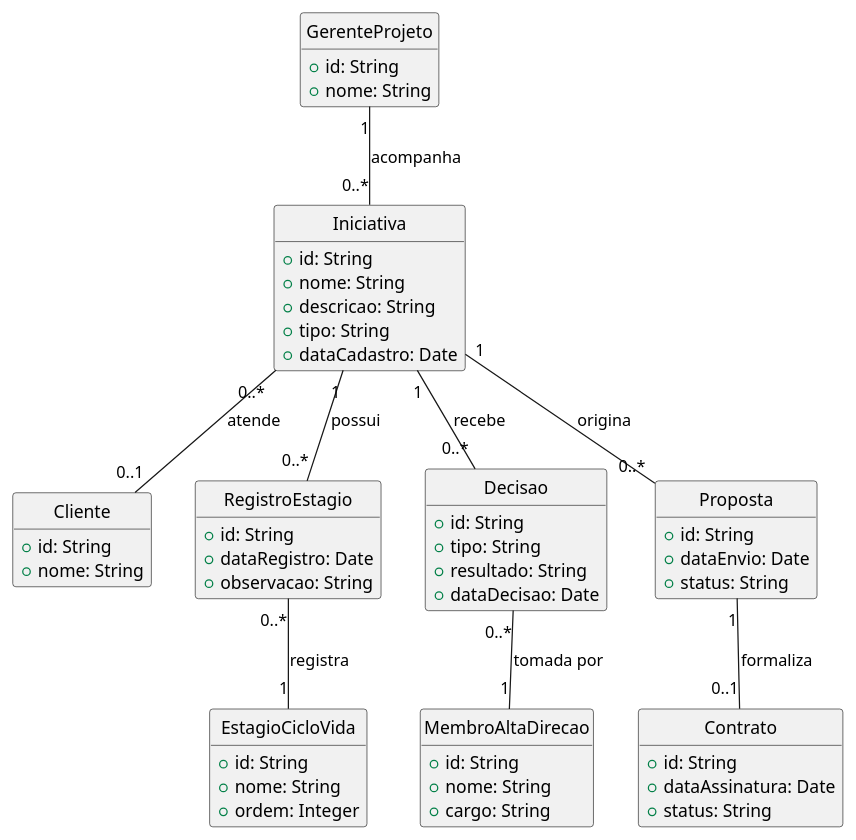
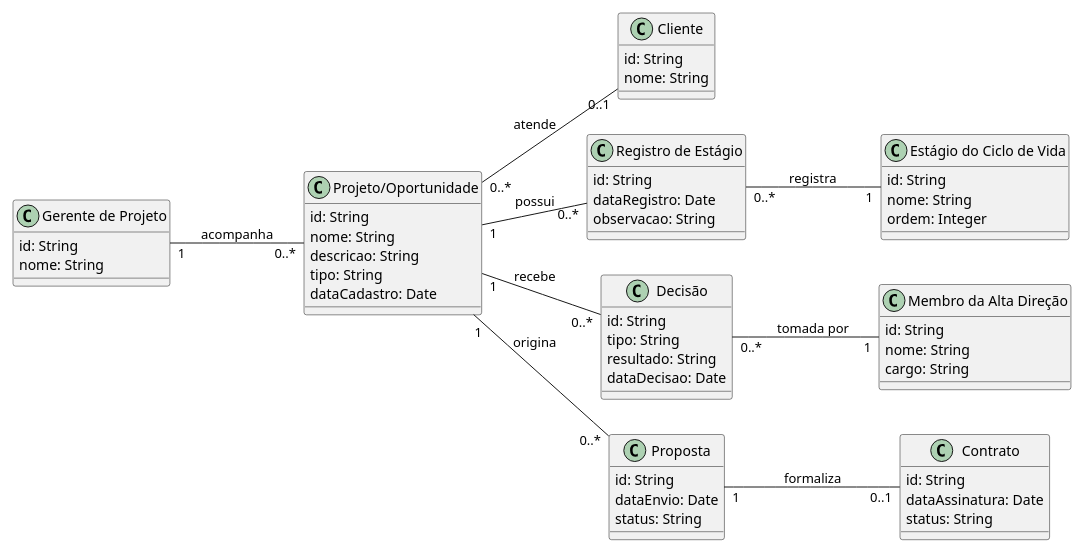
The diagram in Concepção/EntidadesDeDominio.md (mqrz31/gerenciamento-de-projetoss), drawn with PlantUML before and after one commit.

Commit message:
Padroniza diagrama de entidades em PlantUML para visualização no GitLab

````diff
--- a/Concepção/EntidadesDeDominio.md
+++ b/Concepção/EntidadesDeDominio.md
@@ -1,70 +1,72 @@
 ```plantuml
 @startuml
-hide circle
-hide methods
 
-class GerenteProjeto {
-  +id: String
-  +nome: String
+left to right direction
+scale 0.8
+
+class "Gerente de Projeto" as GerenteProjeto {
+    id: String
+    nome: String
 }
 
-class Iniciativa {
-  +id: String
-  +nome: String
-  +descricao: String
-  +tipo: String
-  +dataCadastro: Date
+class "Projeto/Oportunidade" as Iniciativa {
+    id: String
+    nome: String
+    descricao: String
+    tipo: String
+    dataCadastro: Date
 }
 
 class Cliente {
-  +id: String
-  +nome: String
+    id: String
+    nome: String
 }
 
-class RegistroEstagio {
-  +id: String
-  +dataRegistro: Date
-  +observacao: String
+class "Registro de Estágio" as RegistroEstagio {
+    id: String
+    dataRegistro: Date
+    observacao: String
 }
 
-class EstagioCicloVida {
-  +id: String
-  +nome: String
-  +ordem: Integer
+class "Estágio do Ciclo de Vida" as EstagioCicloVida {
+    id: String
+    nome: String
+    ordem: Integer
 }
 
-class Decisao {
-  +id: String
-  +tipo: String
-  +resultado: String
-  +dataDecisao: Date
+class "Decisão" as Decisao {
+    id: String
+    tipo: String
+    resultado: String
+    dataDecisao: Date
 }
 
-class MembroAltaDirecao {
-  +id: String
-  +nome: String
-  +cargo: String
+class "Membro da Alta Direção" as MembroAltaDirecao {
+    id: String
+    nome: String
+    cargo: String
 }
 
 class Proposta {
-  +id: String
-  +dataEnvio: Date
-  +status: String
+    id: String
+    dataEnvio: Date
+    status: String
 }
 
 class Contrato {
-  +id: String
-  +dataAssinatura: Date
-  +status: String
+    id: String
+    dataAssinatura: Date
+    status: String
 }
 
 GerenteProjeto "1" -- "0..*" Iniciativa : acompanha
 Iniciativa "0..*" -- "0..1" Cliente : atende
 Iniciativa "1" -- "0..*" RegistroEstagio : possui
 RegistroEstagio "0..*" -- "1" EstagioCicloVida : registra
 Iniciativa "1" -- "0..*" Decisao : recebe
 Decisao "0..*" -- "1" MembroAltaDirecao : tomada por
 Iniciativa "1" -- "0..*" Proposta : origina
 Proposta "1" -- "0..1" Contrato : formaliza
+
 @enduml
 ```
````
